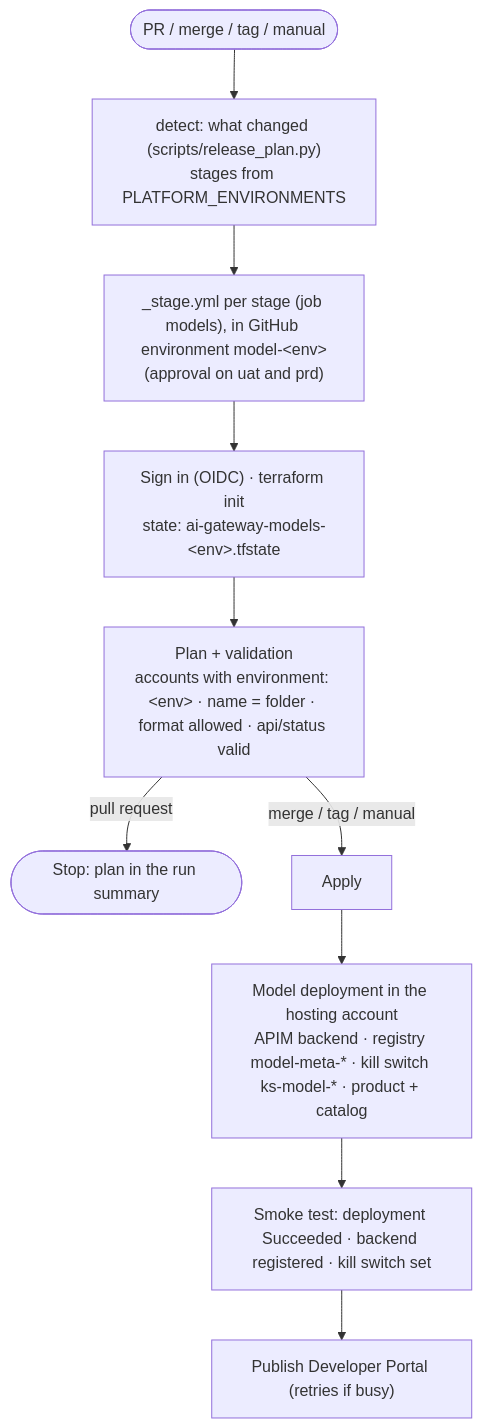
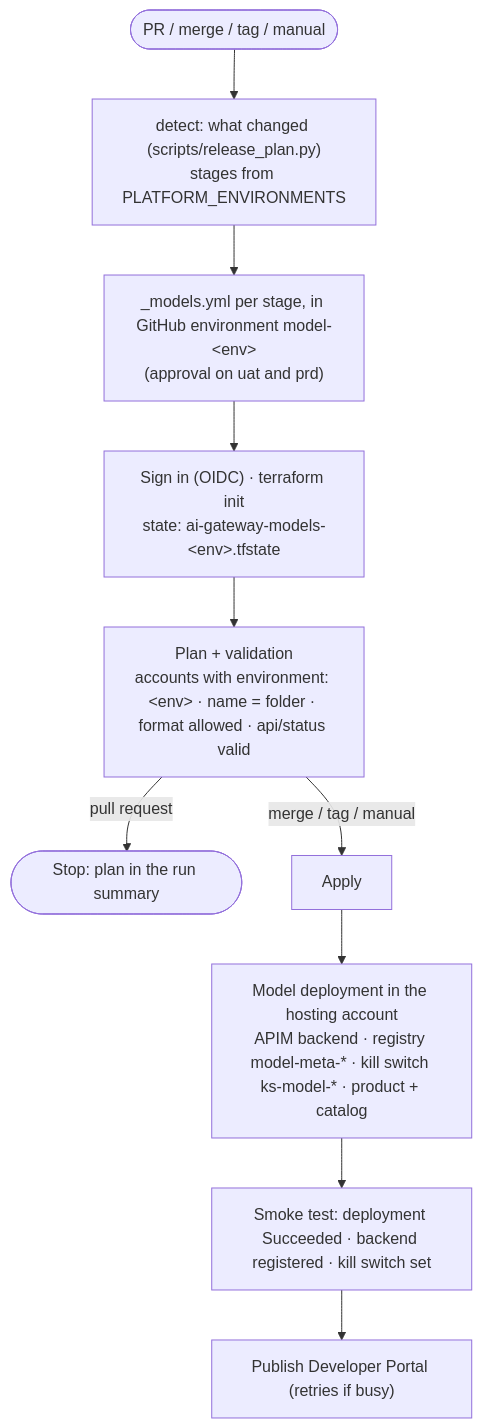
One commit to DeepuMM/ai-gateway changed the second of 2 diagrams in gateway/README.md. Above: the diagram before and after it, drawn with Mermaid. The commit also changed other lines of this file and 11 other files, not shown here.

````diff
--- a/gateway/README.md
+++ b/gateway/README.md
@@ -74,12 +74,12 @@
 ```mermaid
 flowchart TD
   T([PR / merge / tag / manual]) --> D["detect: what changed (scripts/release_plan.py)<br/>stages from PLATFORM_ENVIRONMENTS"]
-  D --> L["_stage.yml per stage (job models), in GitHub environment model-&lt;env&gt;<br/>(approval on uat and prd)"]
+  D --> L["_models.yml per stage, in GitHub environment model-&lt;env&gt;<br/>(approval on uat and prd)"]
   L --> I["Sign in (OIDC) · terraform init<br/>state: ai-gateway-models-&lt;env&gt;.tfstate"]
   I --> P["Plan + validation<br/>accounts with environment: &lt;env&gt; · name = folder · format allowed · api/status valid"]
   P -->|pull request| S1([Stop: plan in the run summary])
   P -->|merge / tag / manual| A1["Apply"]
   A1 --> R1["Model deployment in the hosting account<br/>APIM backend · registry model-meta-* · kill switch ks-model-* · product + catalog"]
   R1 --> SM["Smoke test: deployment Succeeded · backend registered · kill switch set"]
   SM --> PP["Publish Developer Portal (retries if busy)"]
 ```
````
